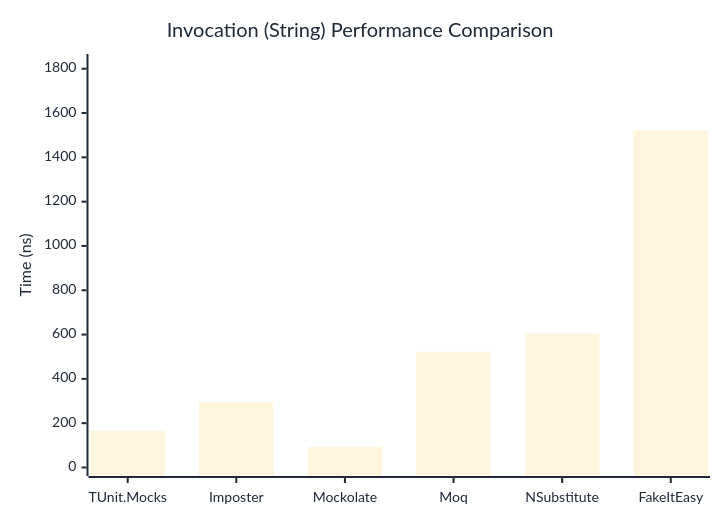
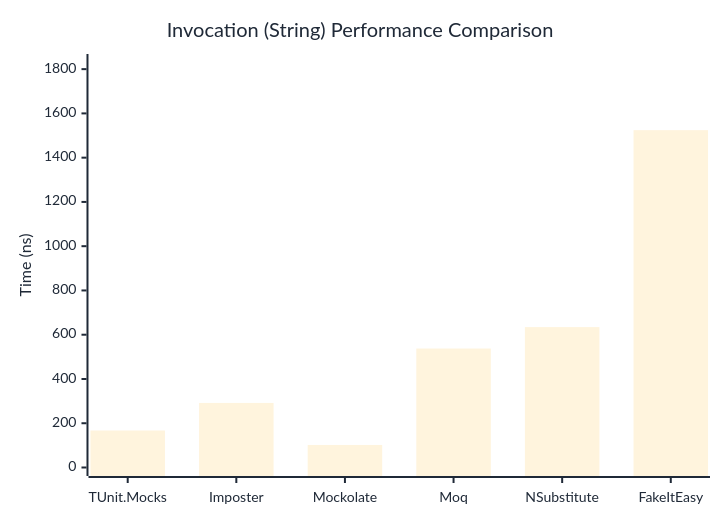
One commit to thomhurst/TUnit changed the second of 3 diagrams in docs/docs/benchmarks/mocks/Invocation.md. Above: the diagram before and after it, drawn with Mermaid. The commit also changed other lines of this file and 14 other files, not shown here.

````diff
--- a/docs/docs/benchmarks/mocks/Invocation.md
+++ b/docs/docs/benchmarks/mocks/Invocation.md
@@ -71,27 +71,27 @@
 ```mermaid
 %%{init: {
   'theme':'base',
   'themeVariables': {
     'primaryColor': '#2563eb',
     'primaryTextColor': '#1f2937',
     'primaryBorderColor': '#1e40af',
     'lineColor': '#6b7280',
     'secondaryColor': '#7c3aed',
     'tertiaryColor': '#dc2626',
     'background': '#ffffff',
     'pie1': '#2563eb',
     'pie2': '#7c3aed',
     'pie3': '#dc2626',
     'pie4': '#f59e0b',
     'pie5': '#10b981',
     'pie6': '#06b6d4',
     'pie7': '#ec4899',
     'pie8': '#6366f1'
   }
 }}%%
 xychart-beta
   title "Invocation (String) Performance Comparison"
   x-axis ["TUnit.Mocks", "Imposter", "Mockolate", "Moq", "NSubstitute", "FakeItEasy"]
-  y-axis "Time (ns)" 0 --> 1828
-  bar [165.24, 295.07, 92.44, 522.96, 605.24, 1522.53]
+  y-axis "Time (ns)" 0 --> 1830
+  bar [167.2, 291.7, 101.8, 537.6, 634.4, 1524.3]
 ```
````
